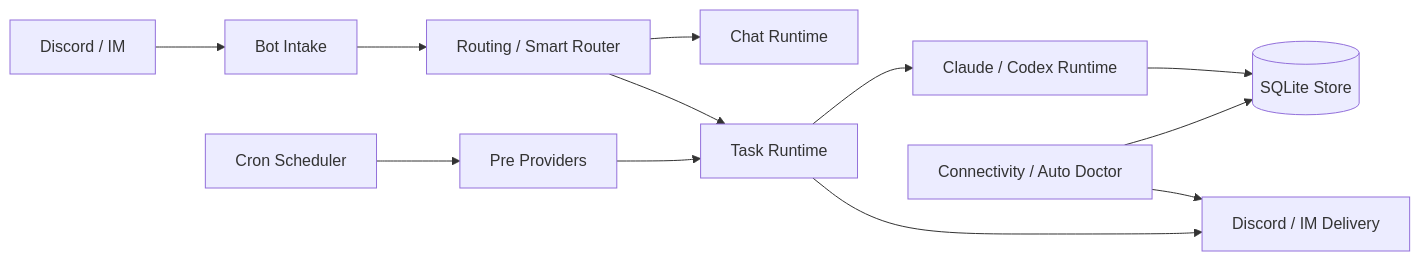
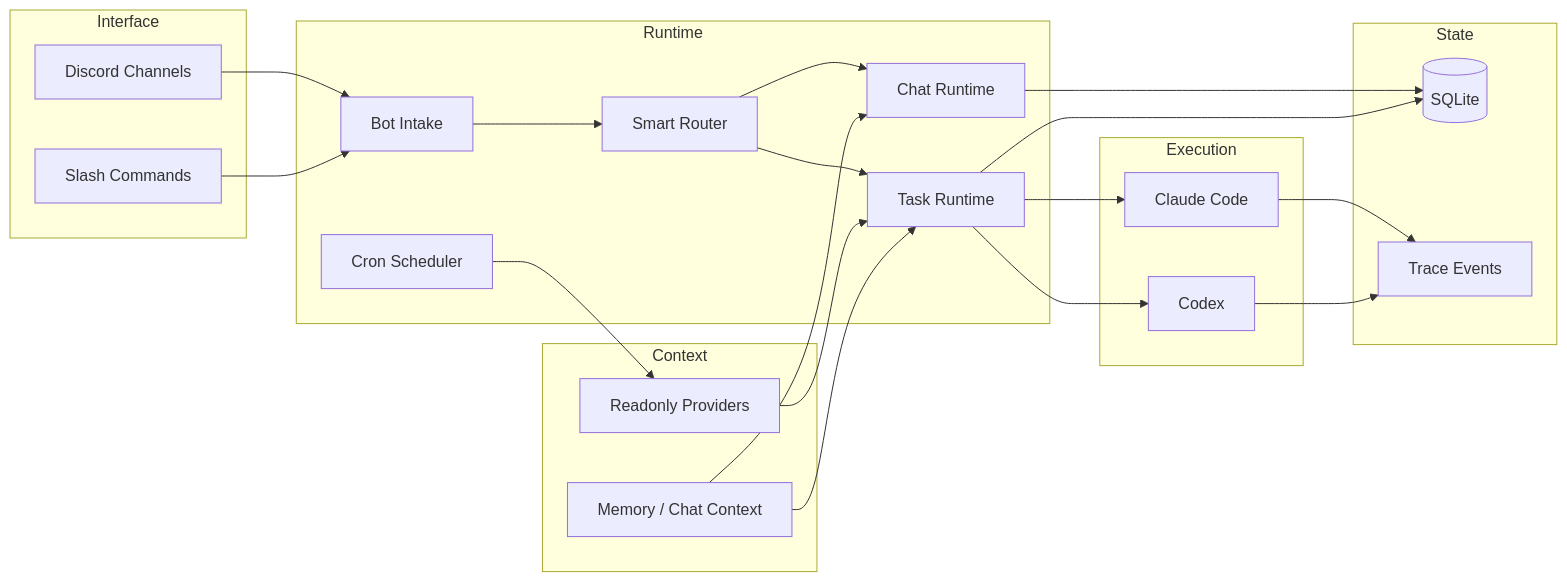
One commit to yuanyunfan/miniclaw changed the first of 2 diagrams in website/en/design/architecture.md. Above: the diagram before and after it, drawn with Mermaid. The commit also changed other lines of this file and 16 other files, not shown here.

````diff
--- a/website/en/design/architecture.md
+++ b/website/en/design/architecture.md
@@ -14,14 +16,42 @@
 ```mermaid
 flowchart LR
-  Discord[Discord / IM] --> Bot[Bot Intake]
-  Bot --> Router[Routing / Smart Router]
-  Router --> Chat[Chat Runtime]
-  Router --> Task[Task Runtime]
-  Cron[Cron Scheduler] --> Provider[Pre Providers]
-  Provider --> Task
-  Task --> Agent[Claude / Codex Runtime]
-  Agent --> Store[(SQLite Store)]
-  Task --> Delivery[Discord / IM Delivery]
-  Monitoring[Connectivity / Auto Doctor] --> Store
-  Monitoring --> Delivery
+  subgraph Interface
+    Discord[Discord Channels]
+    Slash[Slash Commands]
+  end
+  subgraph Runtime
+    Intake[Bot Intake]
+    Router[Smart Router]
+    Chat[Chat Runtime]
+    Task[Task Runtime]
+    Cron[Cron Scheduler]
+  end
+  subgraph Context
+    Providers[Readonly Providers]
+    Memory[Memory / Chat Context]
+  end
+  subgraph Execution
+    Claude[Claude Code]
+    Codex[Codex]
+  end
+  subgraph State
+    SQLite[(SQLite)]
+    Logs[Trace Events]
+  end
+
+  Discord --> Intake
+  Slash --> Intake
+  Intake --> Router
+  Router --> Chat
+  Router --> Task
+  Cron --> Providers
+  Providers --> Task
+  Memory --> Chat
+  Memory --> Task
+  Task --> Claude
+  Task --> Codex
+  Chat --> SQLite
+  Task --> SQLite
+  Claude --> Logs
+  Codex --> Logs
 ```
````
